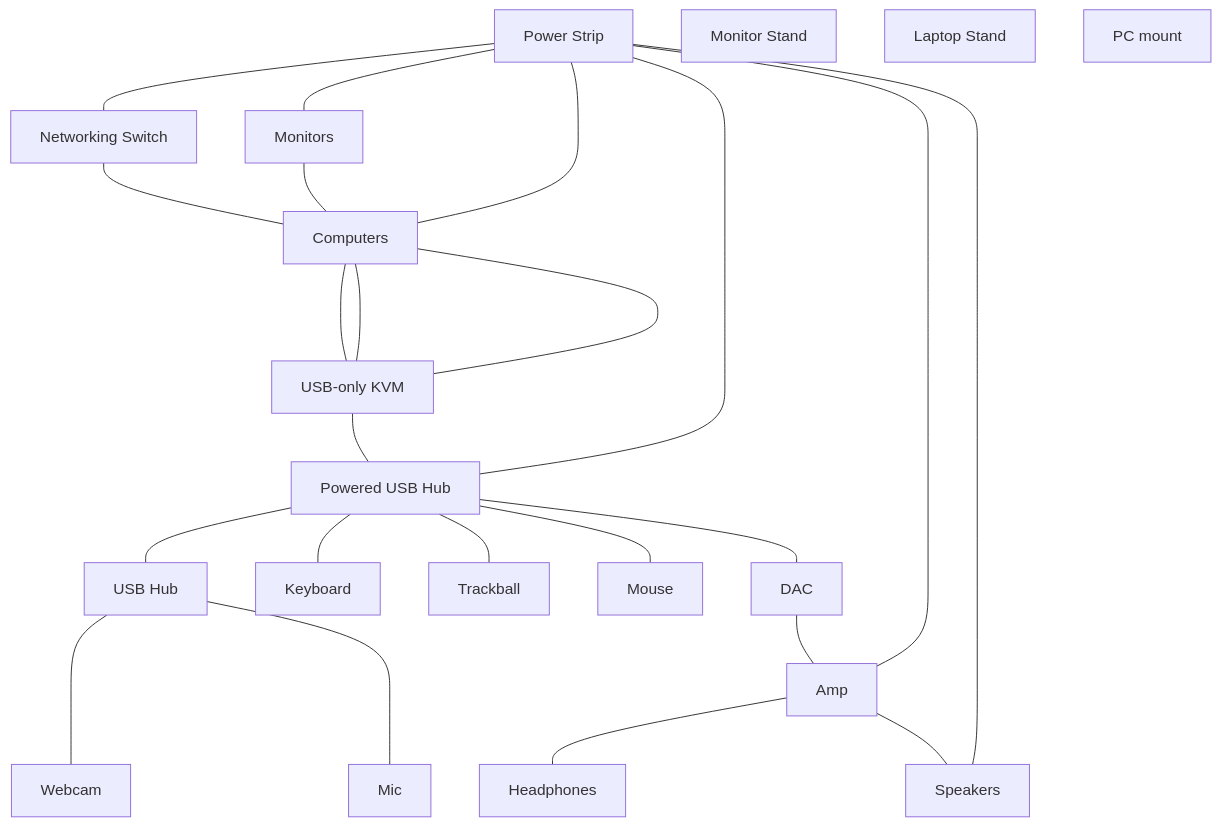
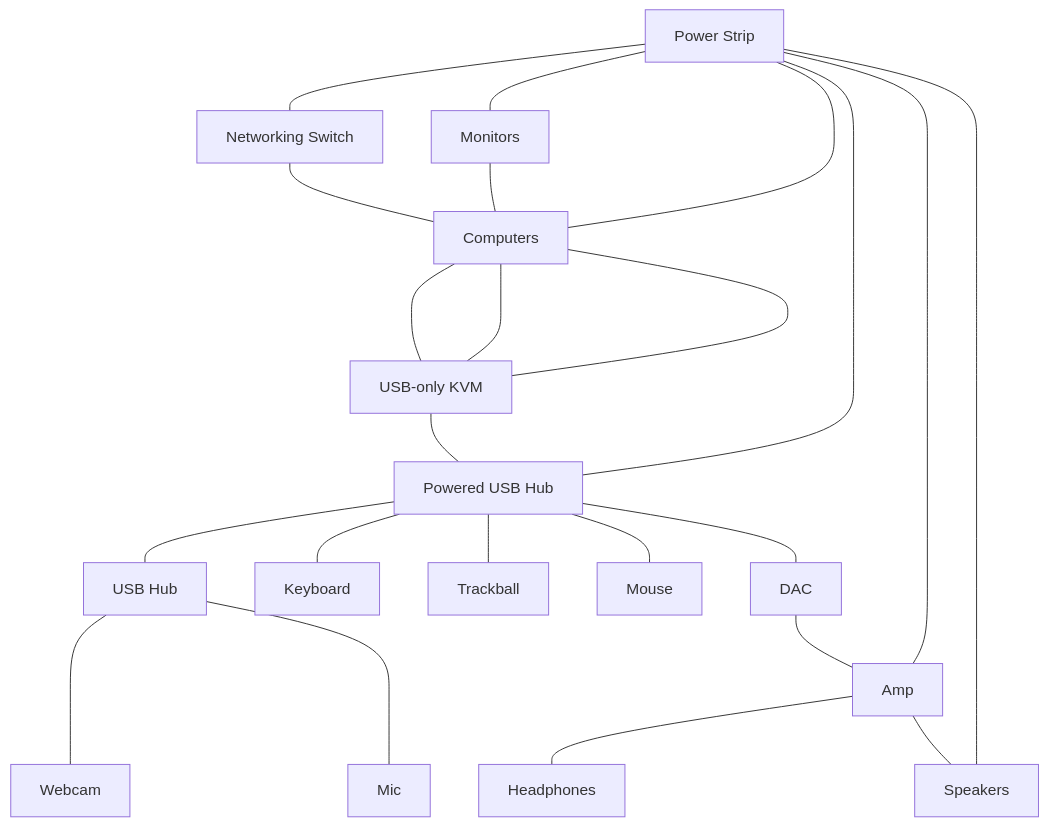
One commit to lortimer/dotfiles changed the diagram in computer-setup.mmd. Above: the diagram before and after it, drawn with Mermaid.

Commit message:
remove other products from diagram, only in comments

```diff
--- a/computer-setup.mmd
+++ b/computer-setup.mmd
@@ -1,87 +1,84 @@
 graph TD
 
 %%  Huntkey SMD127 https://en.huntkey.com/product/smd127/
     power[Power Strip]
 
 %%  TP-Link TL-SG105 https://www.tp-link.com/us/business-networking/soho-switch-unmanaged/tl-sg105/
     networking[Networking Switch]
 
 %%  2x ASUS ProArt Display PA247CV (has USB-C, HDMI, and DP inputs)
     monitors[Monitors]
 
 %%  Desktop PC, Work Laptop, Client Laptop
     computers[Computers]
 
 %%  IOGear GUS434 https://support.iogear.com/product/GUS434/
     usbSwitch[USB-only KVM]
 
 %%  Plugable 7-Port USB 3.0 Hub https://plugable.com/products/usb3-hub7c
     poweredHub[Powered USB Hub]
 
 %%  Sabrent USB Hub with Individual Switches https://sabrent.com/products/hb-um43
     switchHub[USB Hub]
 
 %%  Yeti X USB Mic https://www.logitechg.com/en-us/shop/p/yeti-x-professional-microphone
     mic[Mic]
 
 %%  Logitech C920 https://www.logitech.com/en-ch/shop/p/c920-pro-hd-webcam
     webcam[Webcam]
 
 %%  Leopold FC900R w/ MX Clear Switches https://mechanicalkeyboards.com/products/leopold-fc900r-dolch-pd
     keyboard[Keyboard]
 
 %%  Ploopy Adept https://ploopy.co/adept-trackball/
     trackball[Trackball]
 
 %%  Logitech M500 https://www.logitech.com/en-ch/shop/p/m500s-corded-mouse
     mouse[Mouse]
 
 %%  Schiit Modius (Discontinued) https://www.schiit.com/news/news/introducing-modius
     dac[DAC]
 
 %%  Schiit Jotunheim https://www.schiit.com/products/jotunheim-1
     amp[Amp]
 
 %%  Audeze LCD-X https://www.audeze.com/products/lcd-x
     headphones[Headphones]
 
 %%  Edifier M1360 https://www.edifier.com/global/p/computer-speakers/m1360
     speaker[Speakers]
 
-%%  VIVO Monitor stand and arms https://vivo-us.com/collections/monitor-mounts
-    monitor-stand[Monitor Stand]
-
+%% Other products I use
+%% VIVO Monitor stand and arms https://vivo-us.com/collections/monitor-mounts
 %% VIVO Laptop stand https://vivo-us.com/collections/laptop-and-monitor-stands
-    laptop-stand[Laptop Stand]
-
 %% VIVO under-desk PC mount for personal machine https://vivo-us.com/collections/pc-mounts/products/mount-pc04a
-    pc-mount[PC mount]
+%% Mic desk-mounted boom arm
     
     computers --- power
     power --- monitors
     poweredHub --- power
     amp --- power
     power --- networking
     speaker --- power
     
     networking --- computers
     
     monitors --- computers
     
     computers ---- usbSwitch
     computers ---- usbSwitch
     computers ---- usbSwitch
     
     usbSwitch --- poweredHub
     poweredHub --- switchHub
     poweredHub --- keyboard
     poweredHub --- trackball
     poweredHub --- mouse
     poweredHub --- dac
     
     switchHub ---- webcam
     switchHub ---- mic
     
     dac --- amp
     amp --- headphones
     amp --- speaker
```
